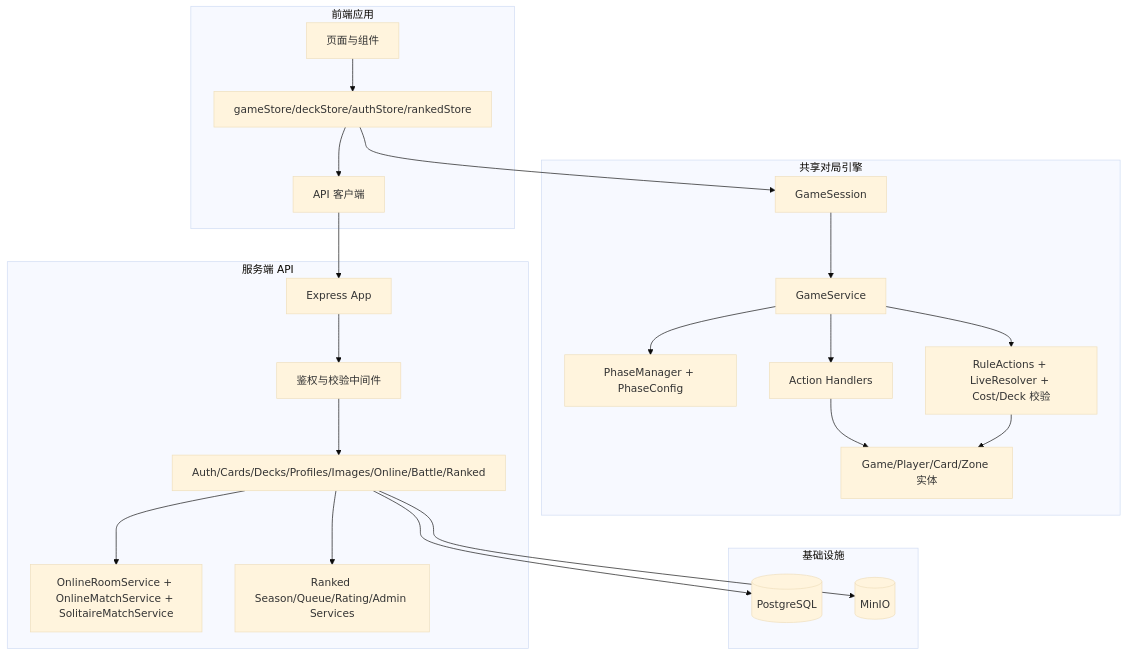
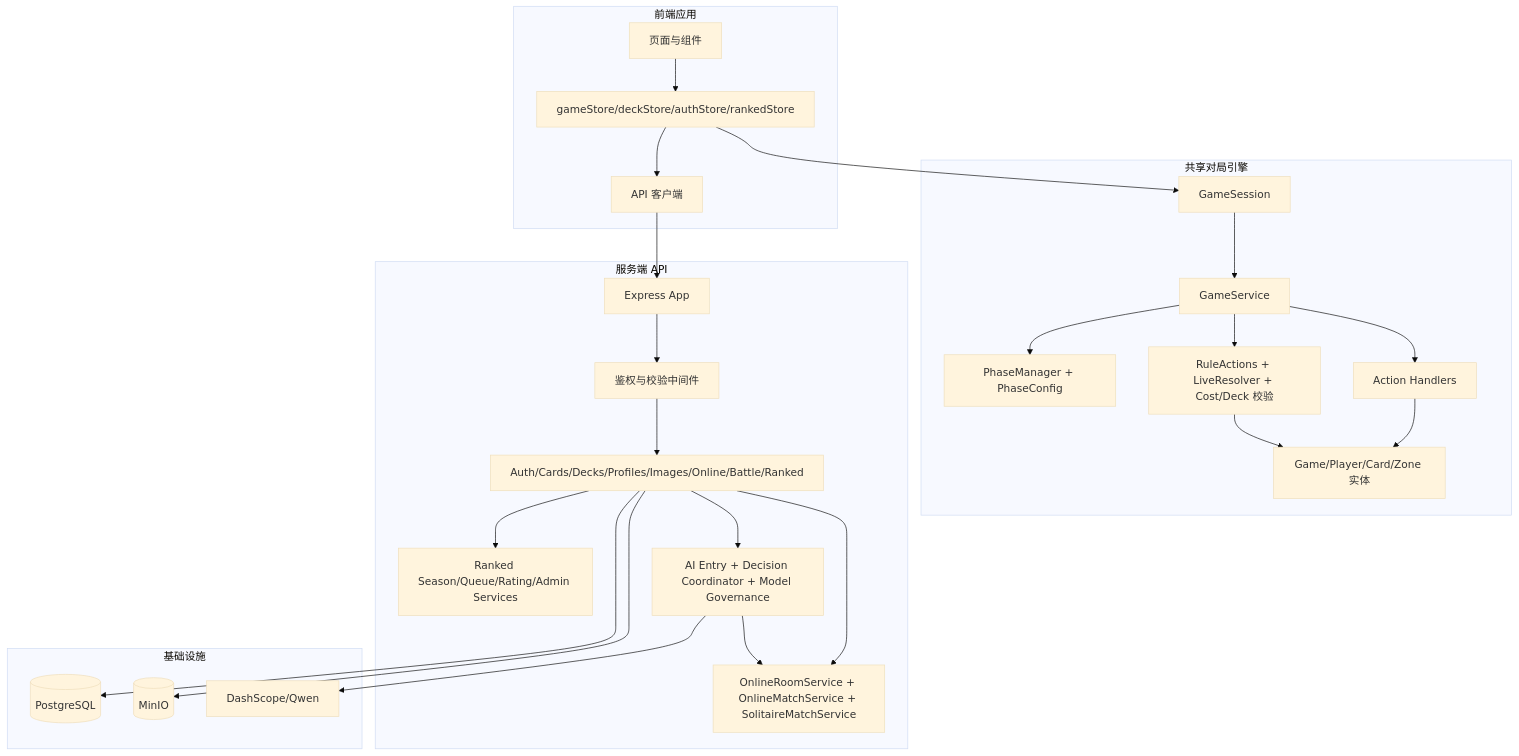
The first of 9 diagrams in docs/system-design.md (catmeow123456/loveca-dev), drawn with Mermaid (base theme) before and after one commit. The commit also changed other lines of this file and 43 other files, not shown here.

````diff
--- a/docs/system-design.md
+++ b/docs/system-design.md
@@ -33,48 +33,53 @@
 ```mermaid
 graph TB
     subgraph Client[前端应用]
         UI[页面与组件]
         GS[gameStore/deckStore/authStore/rankedStore]
         APIClient[API 客户端]
     end
 
     subgraph Engine[共享对局引擎]
         Session[GameSession]
         Service[GameService]
         Phase[PhaseManager + PhaseConfig]
         Handlers[Action Handlers]
         Rules[RuleActions + LiveResolver + Cost/Deck 校验]
         Domain[Game/Player/Card/Zone 实体]
     end
 
     subgraph Server[服务端 API]
         App[Express App]
         Routes[Auth/Cards/Decks/Profiles/Images/Online/Battle/Ranked]
         Middleware[鉴权与校验中间件]
         OnlineSvc[OnlineRoomService + OnlineMatchService + SolitaireMatchService]
         RankedSvc[Ranked Season/Queue/Rating/Admin Services]
+        AiSvc[AI Entry + Decision Coordinator + Model Governance]
     end
 
     subgraph Infra[基础设施]
         PG[(PostgreSQL)]
         MinIO[(MinIO)]
+        ModelProvider[DashScope/Qwen]
     end
 
     UI --> GS
     GS --> Session
     Session --> Service
     Service --> Phase
     Service --> Handlers
     Service --> Rules
     Handlers --> Domain
     Rules --> Domain
 
     GS --> APIClient
     APIClient --> App
     App --> Middleware
     Middleware --> Routes
     Routes --> OnlineSvc
     Routes --> RankedSvc
+    Routes --> AiSvc
+    AiSvc --> OnlineSvc
+    AiSvc --> ModelProvider
     Routes --> PG
     Routes --> MinIO
 ```
````
